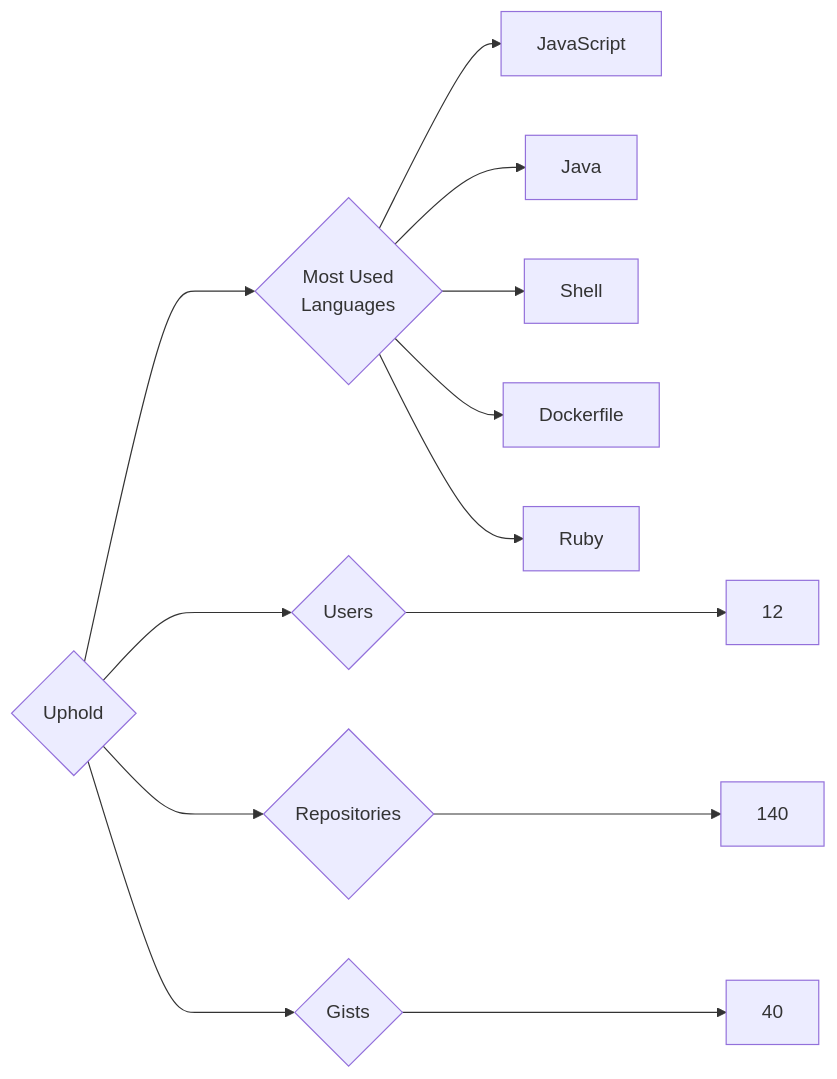
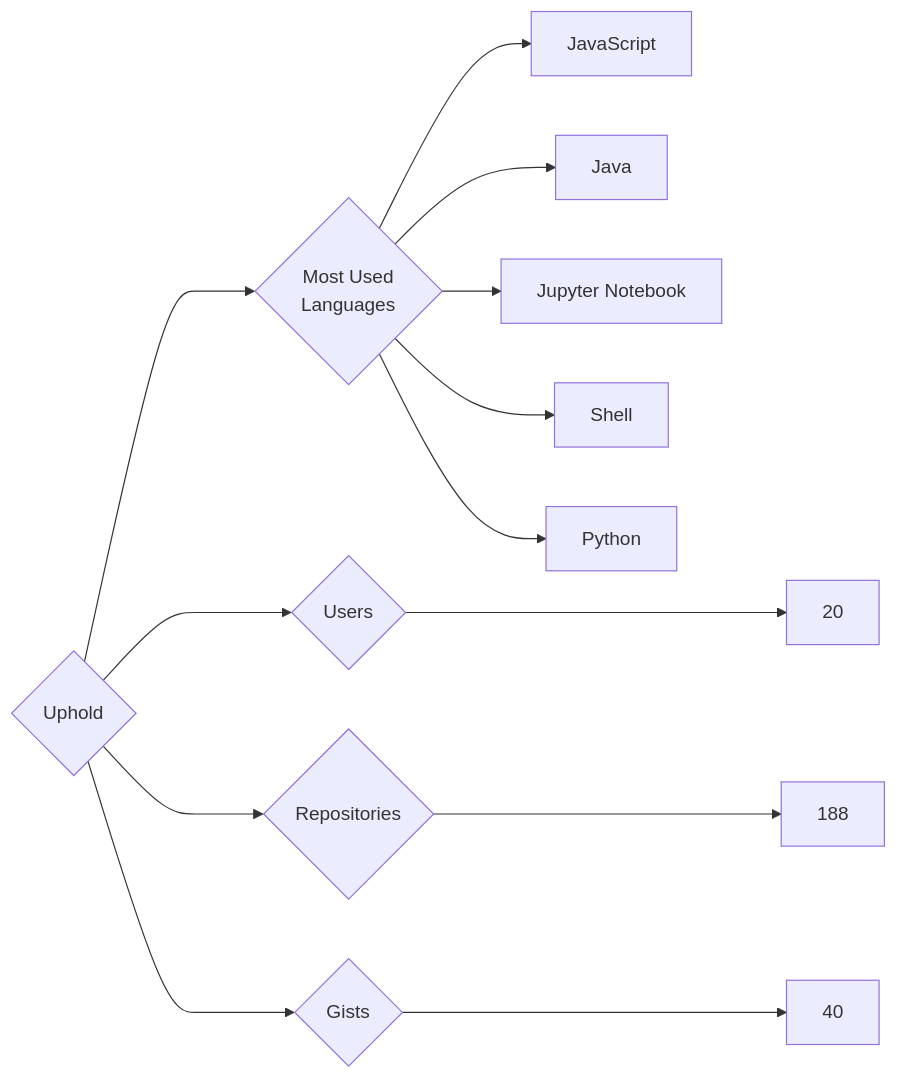
The diagram in targets/Uphold/README.md (trickest/insiders), drawn with Mermaid before and after one commit. The commit also changed 681 other files, not shown here.

````diff
--- a/targets/Uphold/README.md
+++ b/targets/Uphold/README.md
@@ -3,13 +3,13 @@
 ```mermaid
 graph LR
 COMPANY_NAME{Uphold}
-COMPANY_NAME ---> U{Users} ---> UN[12]
-COMPANY_NAME ---> R{Repositories} ---> RN[140]
+COMPANY_NAME ---> U{Users} ---> UN[20]
+COMPANY_NAME ---> R{Repositories} ---> RN[188]
 COMPANY_NAME ---> G{Gists} ---> GN[40]
 COMPANY_NAME ---> ML{Most Used<br>Languages}
 ML --> JavaScript[JavaScript]
 ML --> Java[Java]
+ML --> Jupyter_Notebook[Jupyter Notebook]
 ML --> Shell[Shell]
-ML --> Dockerfile[Dockerfile]
-ML --> Ruby[Ruby]
+ML --> Python[Python]
 ```
````
